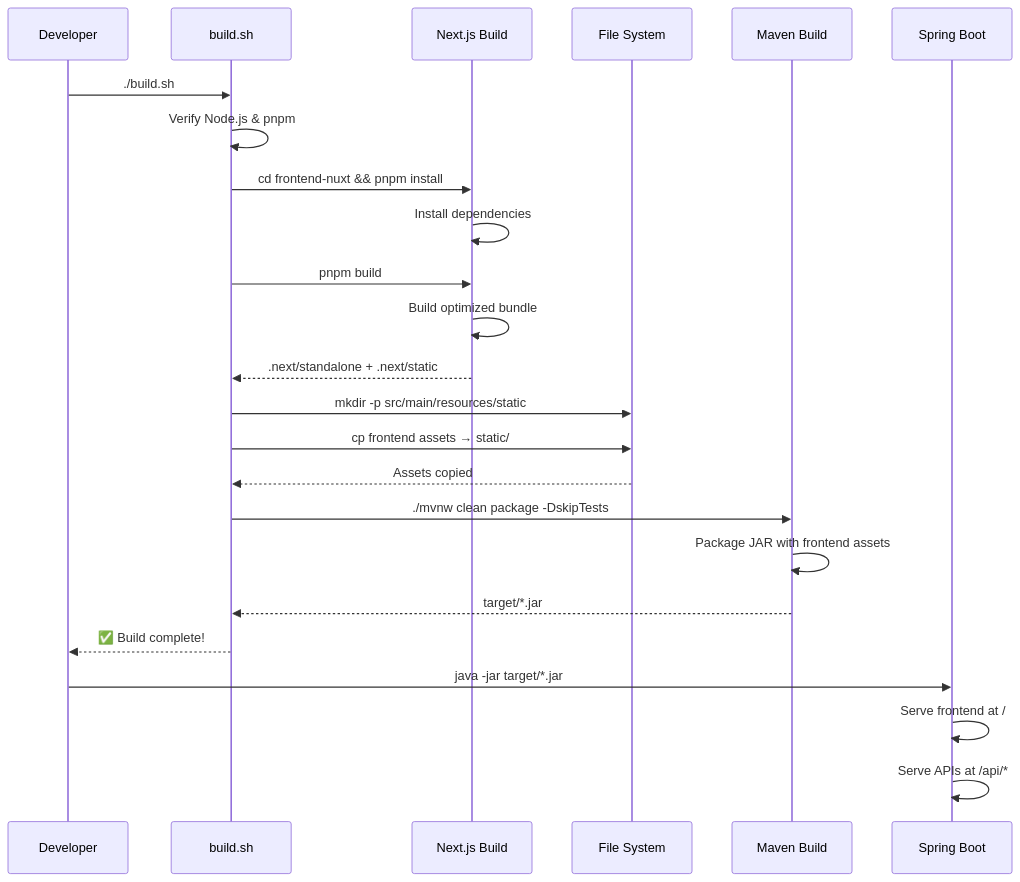
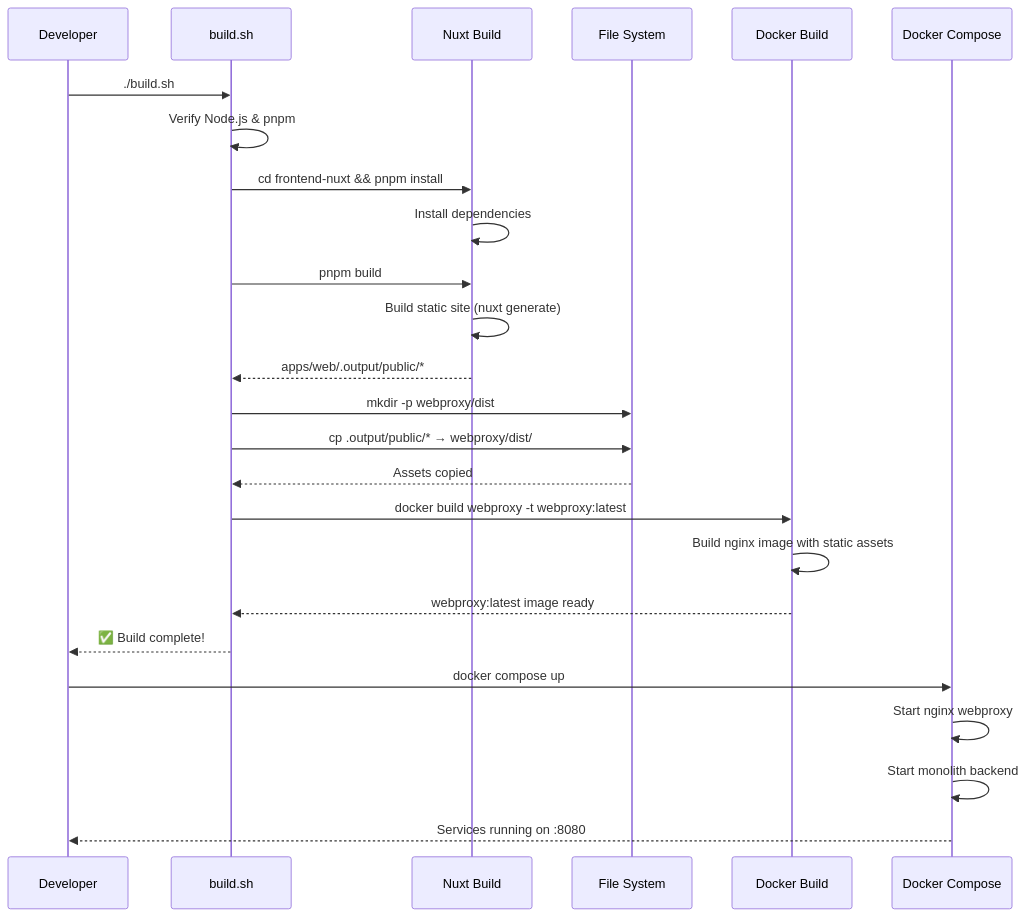
Before and after one commit to philipz/spring-modular-monolith: the third of 4 diagrams in .spec-workflow/specs/nuxt-frontend-integration/design.md, drawn with Mermaid. The commit also changed other lines of this file and 43 other files, not shown here.

Commit message:
docs: create Next Frontend Integration specs.

````diff
--- a/.spec-workflow/specs/nuxt-frontend-integration/design.md
+++ b/.spec-workflow/specs/nuxt-frontend-integration/design.md
@@ -153,28 +165,29 @@
 ```mermaid
 sequenceDiagram
     participant Dev as Developer
     participant Script as build.sh
-    participant Next as Next.js Build
+    participant Nuxt as Nuxt Build
     participant FS as File System
-    participant Maven as Maven Build
-    participant Spring as Spring Boot
+    participant Docker as Docker Build
+    participant Compose as Docker Compose
 
     Dev->>Script: ./build.sh
     Script->>Script: Verify Node.js & pnpm
-    Script->>Next: cd frontend-nuxt && pnpm install
-    Next->>Next: Install dependencies
-    Script->>Next: pnpm build
-    Next->>Next: Build optimized bundle
-    Next-->>Script: .next/standalone + .next/static
-    Script->>FS: mkdir -p src/main/resources/static
-    Script->>FS: cp frontend assets → static/
+    Script->>Nuxt: cd frontend-nuxt && pnpm install
+    Nuxt->>Nuxt: Install dependencies
+    Script->>Nuxt: pnpm build
+    Nuxt->>Nuxt: Build static site (nuxt generate)
+    Nuxt-->>Script: apps/web/.output/public/*
+    Script->>FS: mkdir -p webproxy/dist
+    Script->>FS: cp .output/public/* → webproxy/dist/
     FS-->>Script: Assets copied
-    Script->>Maven: ./mvnw clean package -DskipTests
-    Maven->>Maven: Package JAR with frontend assets
-    Maven-->>Script: target/*.jar
+    Script->>Docker: docker build webproxy -t webproxy:latest
+    Docker->>Docker: Build nginx image with static assets
+    Docker-->>Script: webproxy:latest image ready
     Script-->>Dev: ✅ Build complete!
 
-    Dev->>Spring: java -jar target/*.jar
-    Spring->>Spring: Serve frontend at /
-    Spring->>Spring: Serve APIs at /api/*
+    Dev->>Compose: docker compose up
+    Compose->>Compose: Start nginx webproxy
+    Compose->>Compose: Start monolith backend
+    Compose-->>Dev: Services running on :8080
 ```
````
